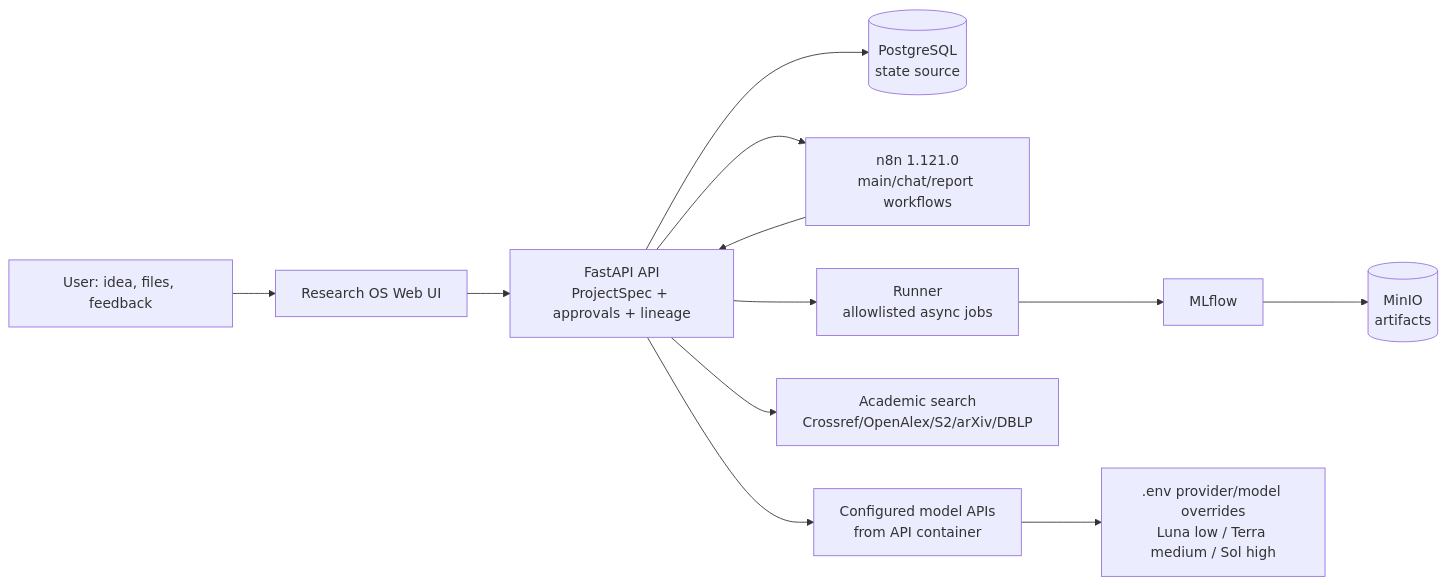
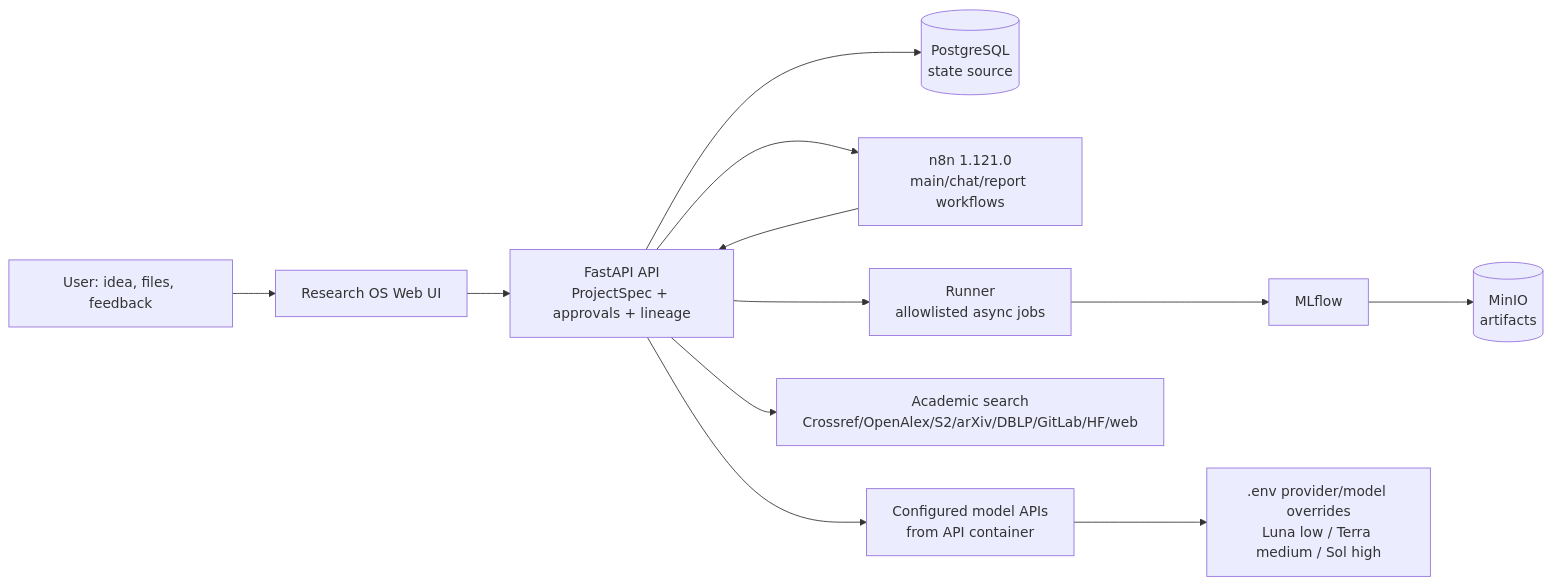
One commit to Karbo123/ResearchOS changed the diagram in README.md. Above: the diagram before and after it, drawn with Mermaid. The commit also changed other lines of this file and 11 other files, not shown here.

````diff
--- a/README.md
+++ b/README.md
@@ -60,14 +60,14 @@
 ```mermaid
 flowchart LR
     U["User: idea, files, feedback"] --> UI["Research OS Web UI"]
     UI --> API["FastAPI API\nProjectSpec + approvals + lineage"]
     API --> PG[("PostgreSQL\nstate source")]
     API --> N8N["n8n 1.121.0\nmain/chat/report workflows"]
     N8N --> API
     API --> R["Runner\nallowlisted async jobs"]
     R --> ML["MLflow"]
     ML --> MI[("MinIO\nartifacts")]
-    API --> S["Academic search\nCrossref/OpenAlex/S2/arXiv/DBLP"]
+    API --> S["Academic search\nCrossref/OpenAlex/S2/arXiv/DBLP/GitLab/HF/web"]
     API --> B["Configured model APIs\nfrom API container"]
     B --> C[".env provider/model overrides\nLuna low / Terra medium / Sol high"]
 ```
````
